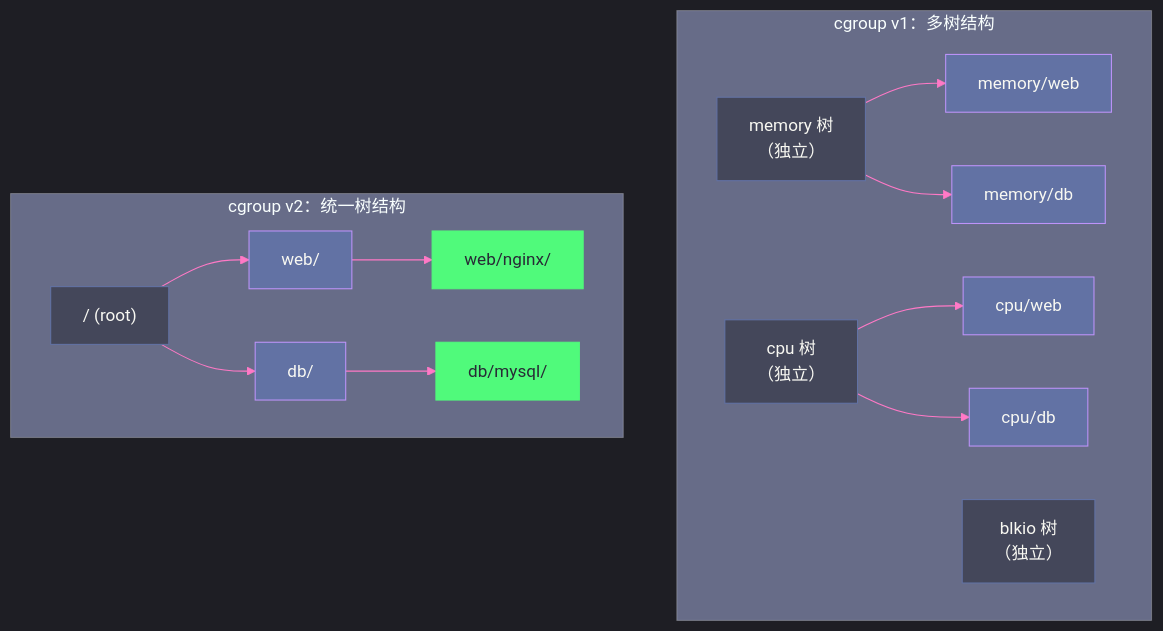
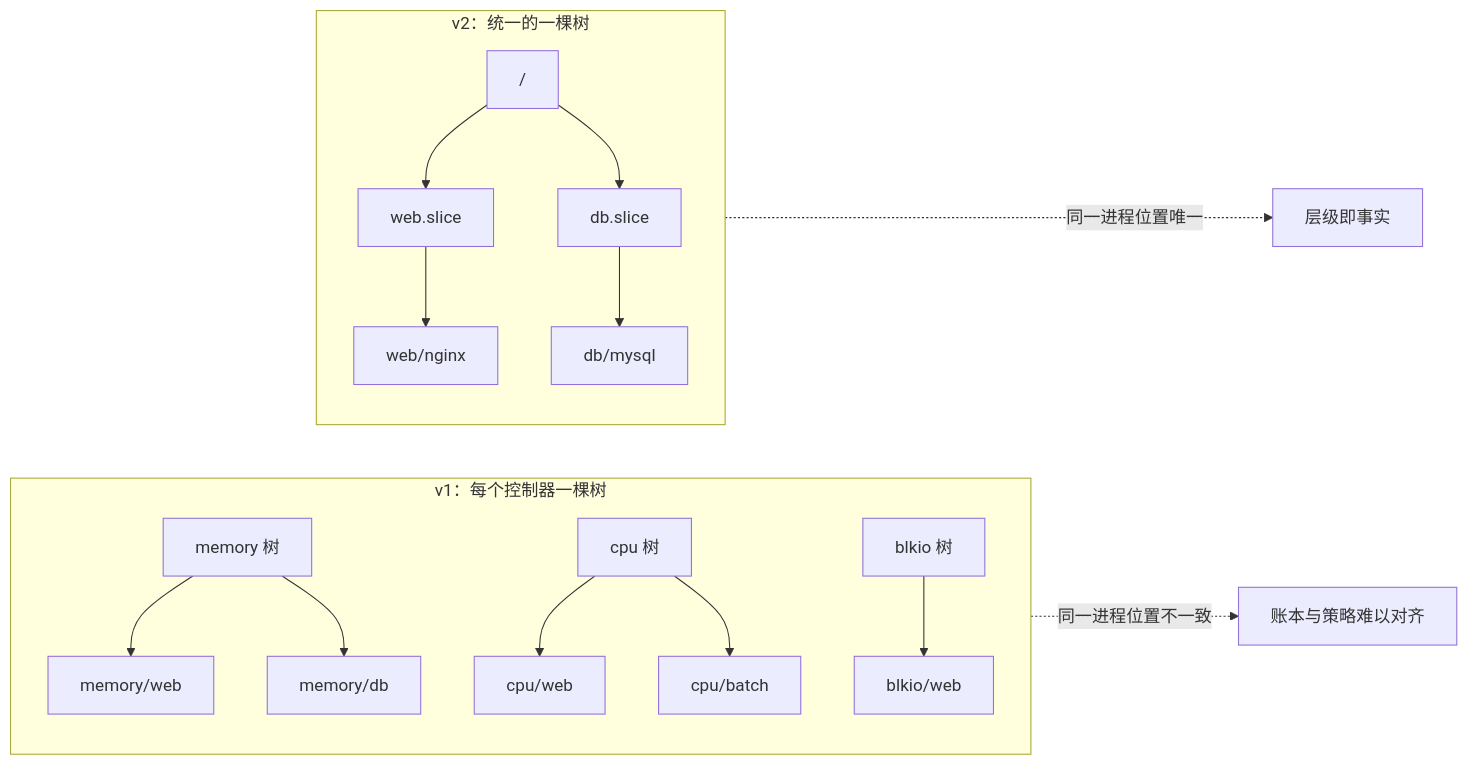
The first of 3 diagrams in content/Linux/内存管理/09 CGroups 内存子系统：容器内存隔离的底层实现.md (hpliStartAgain/my-brain), drawn with Mermaid before and after one commit. The commit also changed other lines of this file and 455 other files, not shown here.

````diff
--- a/content/Linux/内存管理/09 CGroups 内存子系统：容器内存隔离的底层实现.md
+++ b/content/Linux/内存管理/09 CGroups 内存子系统：容器内存隔离的底层实现.md
@@ -58,30 +56,19 @@
 ```mermaid
-%%{init: {'theme': 'dark', 'themeVariables': {'primaryColor': '#6272a4', 'primaryTextColor': '#f8f8f2', 'primaryBorderColor': '#bd93f9', 'lineColor': '#ff79c6', 'background': '#282a36', 'mainBkg': '#44475a'}}}%%
-graph TD
-    subgraph V1 ["cgroup v1：多树结构"]
-        MT["memory 树</br>（独立）"]
-        CT["cpu 树</br>（独立）"]
-        BT["blkio 树</br>（独立）"]
-        MT --> MA["memory/web"]
-        MT --> MB["memory/db"]
-        CT --> CA["cpu/web"]
-        CT --> CB["cpu/db"]
+%%{init: {'theme': 'dracula'}}%%
+flowchart LR
+    subgraph V1["v1：每个控制器一棵树"]
+        M["memory 树"] --> M1["memory/web"]
+        M --> M2["memory/db"]
+        C["cpu 树"] --> C1["cpu/web"]
+        C --> C2["cpu/batch"]
+        B["blkio 树"] --> B1["blkio/web"]
     end
-
-    subgraph V2 ["cgroup v2：统一树结构"]
-        ROOT["/ (root)"]
-        ROOT --> WEB["web/"]
-        ROOT --> DB["db/"]
-        WEB --> W1["web/nginx/"]
-        DB --> D1["db/mysql/"]
+    subgraph V2["v2：统一的一棵树"]
+        R["/"] --> W["web.slice"]
+        R --> D["db.slice"]
+        W --> W1["web/nginx"]
+        D --> D1["db/mysql"]
     end
-
-    classDef tree fill:#44475a,stroke:#6272a4,color:#f8f8f2
-    classDef node fill:#6272a4,stroke:#bd93f9,color:#f8f8f2
-    classDef leaf fill:#50fa7b,stroke:#50fa7b,color:#282a36
-
-    class MT,CT,BT tree
-    class ROOT tree
-    class MA,MB,CA,CB,WEB,DB node
-    class W1,D1 leaf
+    V1 -.->|"同一进程位置不一致"| X["账本与策略难以对齐"]
+    V2 -.->|"同一进程位置唯一"| Y["层级即事实"]
 ```
````
